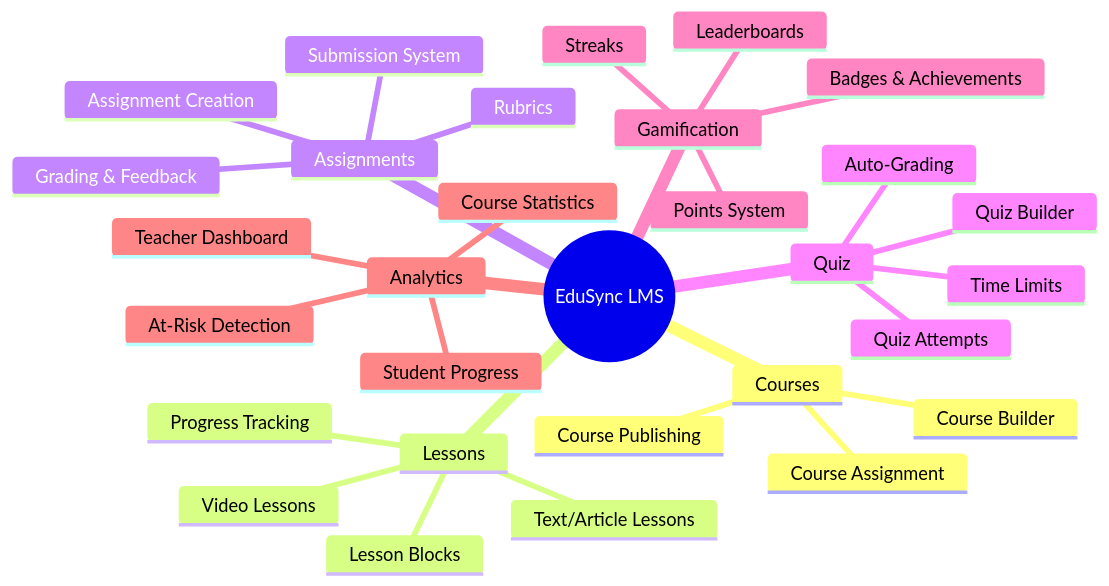
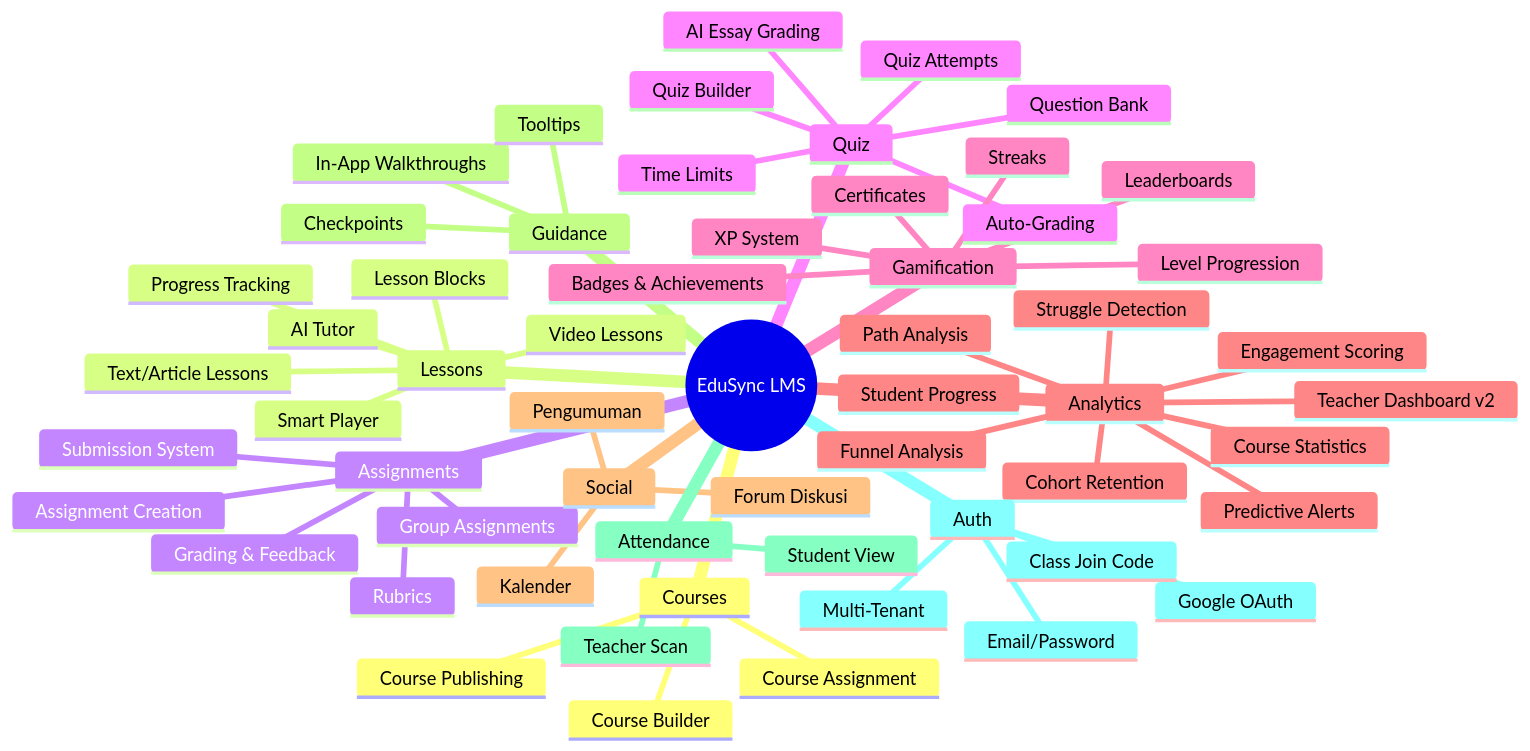
Before and after one commit to AI-Powered-Edtech/LMS: the first of 13 diagrams in docs/architecture/FEATURE_MAP.md, drawn with Mermaid. The commit also changed other lines of this file and 287 other files, not shown here.

Commit message:
refactor: migrate services/ to feature-based module architecture

````diff
--- a/docs/architecture/FEATURE_MAP.md
+++ b/docs/architecture/FEATURE_MAP.md
@@ -13,33 +13,61 @@
 ```mermaid
 mindmap
   root((EduSync LMS))
     Courses
       Course Builder
       Course Publishing
       Course Assignment
     Lessons
+      Smart Player
       Video Lessons
       Text/Article Lessons
       Lesson Blocks
       Progress Tracking
+      AI Tutor
     Assignments
       Assignment Creation
       Submission System
       Grading & Feedback
       Rubrics
+      Group Assignments
     Quiz
       Quiz Builder
       Quiz Attempts
       Auto-Grading
       Time Limits
+      AI Essay Grading
+      Question Bank
     Gamification
-      Points System
+      XP System
+      Level Progression
       Badges & Achievements
+      Certificates
       Leaderboards
       Streaks
     Analytics
-      Teacher Dashboard
+      Teacher Dashboard v2
       Student Progress
       Course Statistics
-      At-Risk Detection
+      Engagement Scoring
+      Cohort Retention
+      Funnel Analysis
+      Path Analysis
+      Predictive Alerts
+      Struggle Detection
+    Social
+      Forum Diskusi
+      Pengumuman
+      Kalender
+    Guidance
+      In-App Walkthroughs
+      Tooltips
+      Checkpoints
+    Attendance
+      Teacher Scan
+      Student View
+    Auth
+      Email/Password
+      Google OAuth
+      Class Join Code
+      Multi-Tenant
 ```
````
